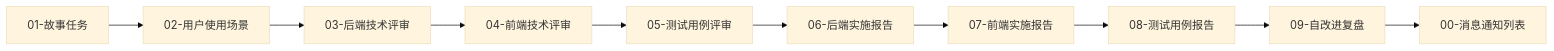
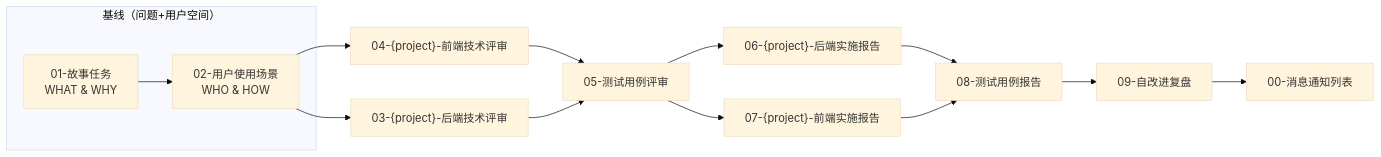
Before and after one commit to effiy/YrY: the second of 14 diagrams in skills/rui/formulas.md, drawn with Mermaid (base theme). The commit also changed other lines of this file and 9 other files, not shown here.

````diff
--- a/skills/rui/formulas.md
+++ b/skills/rui/formulas.md
@@ -65,12 +65,18 @@
 ```mermaid
 flowchart LR
-    01["01-故事任务"] --> 02["02-用户使用场景"]
-    02 --> 03["03-后端技术评审"]
-    03 --> 04["04-前端技术评审"]
+    subgraph 基线["基线（问题+用户空间）"]
+        01["01-故事任务<br/>WHAT & WHY"]
+        02["02-用户使用场景<br/>WHO & HOW"]
+    end
+    01 --> 02
+    02 --> 03["03-{project}-后端技术评审"]
+    02 --> 04["04-{project}-前端技术评审"]
     04 --> 05["05-测试用例评审"]
-    05 --> 06["06-后端实施报告"]
-    06 --> 07["07-前端实施报告"]
-    07 --> 08["08-测试用例报告"]
+    03 --> 05
+    05 --> 06["06-{project}-后端实施报告"]
+    05 --> 07["07-{project}-前端实施报告"]
+    06 --> 08["08-测试用例报告"]
+    07 --> 08
     08 --> 09["09-自改进复盘"]
     09 --> 00["00-消息通知列表"]
 ```
````
